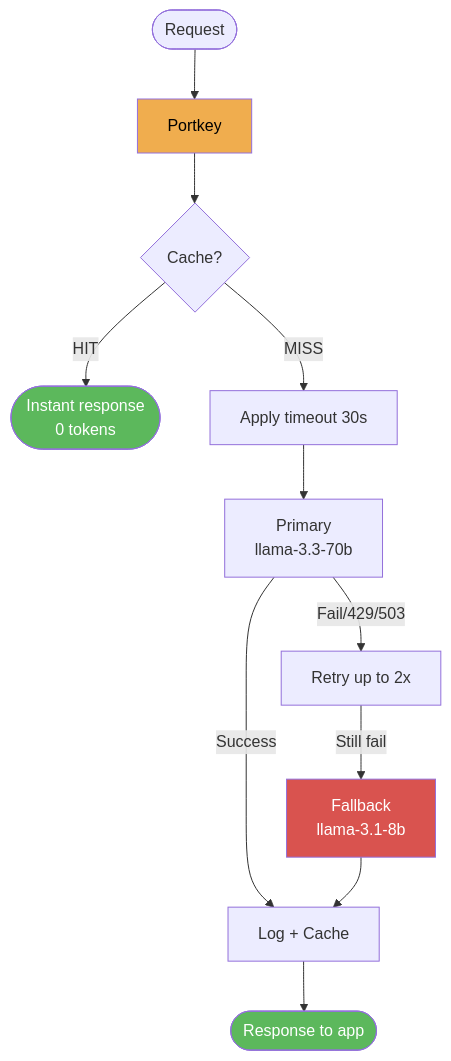
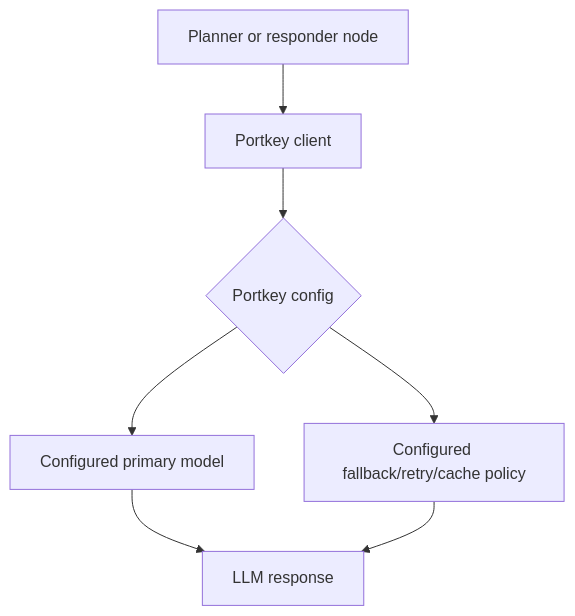
One commit to krunalp1908/Build-Production-Grade-RAG---Application changed the first of 2 diagrams in DOCS/09_LLM_GATEWAY.md. Above: the diagram before and after it, drawn with Mermaid. The commit also changed other lines of this file and 12 other files, not shown here.

First line of the commit message:
Refactor documentation for Portkey LLM Gateway integration and evaluation pipeline

````diff
--- a/DOCS/09_LLM_GATEWAY.md
+++ b/DOCS/09_LLM_GATEWAY.md
@@ -412,18 +7,9 @@
 ```mermaid
 flowchart TD
-    A([Request]) --> B[Portkey]
-    B --> C{Cache?}
-    C -- HIT --> Z([Instant response\n0 tokens])
-    C -- MISS --> D[Apply timeout 30s]
-    D --> E[Primary\nllama-3.3-70b]
-    E -- Success --> F[Log + Cache]
-    E -- Fail/429/503 --> G[Retry up to 2x]
-    G -- Still fail --> H[Fallback\nllama-3.1-8b]
-    H --> F
-    F --> Z2([Response to app])
-
-    style B fill:#f0ad4e,color:#000
-    style Z fill:#5cb85c,color:#fff
-    style Z2 fill:#5cb85c,color:#fff
-    style H fill:#d9534f,color:#fff
+    A[Planner or responder node] --> B[Portkey client]
+    B --> C{Portkey config}
+    C --> D[Configured primary model]
+    C --> E[Configured fallback/retry/cache policy]
+    D --> F[LLM response]
+    E --> F
 ```
````
